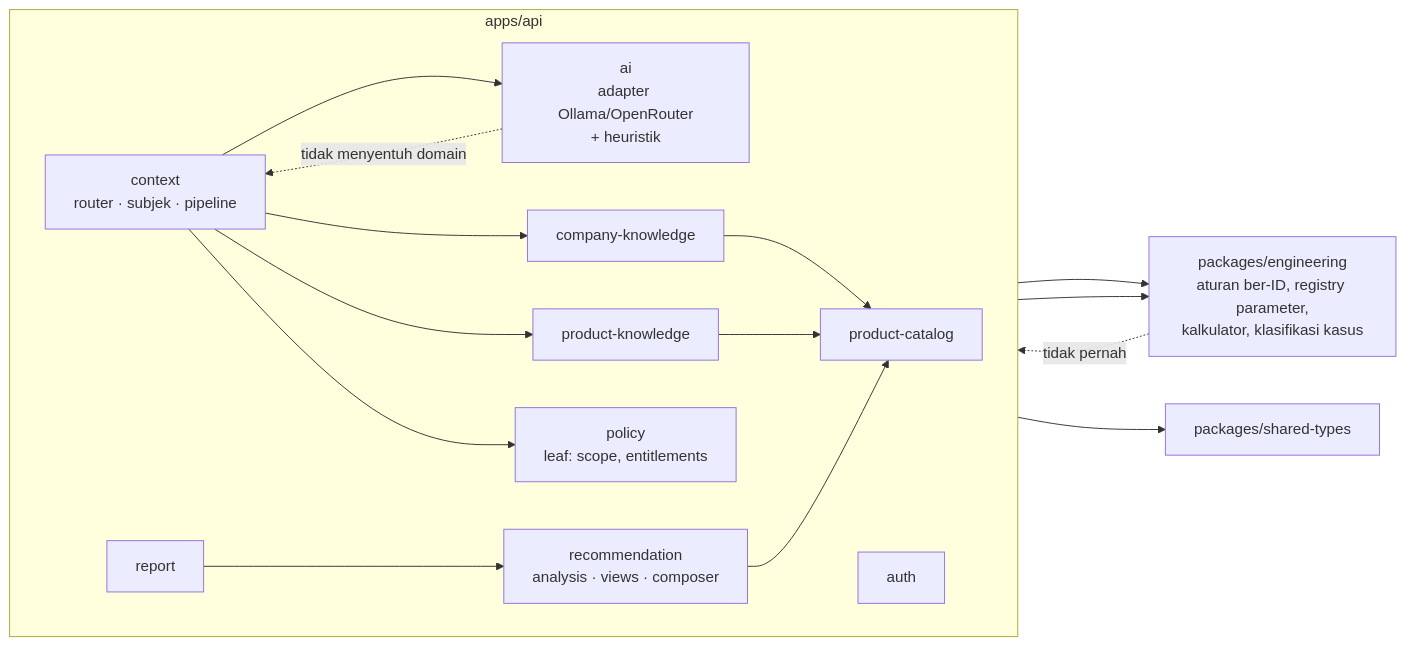
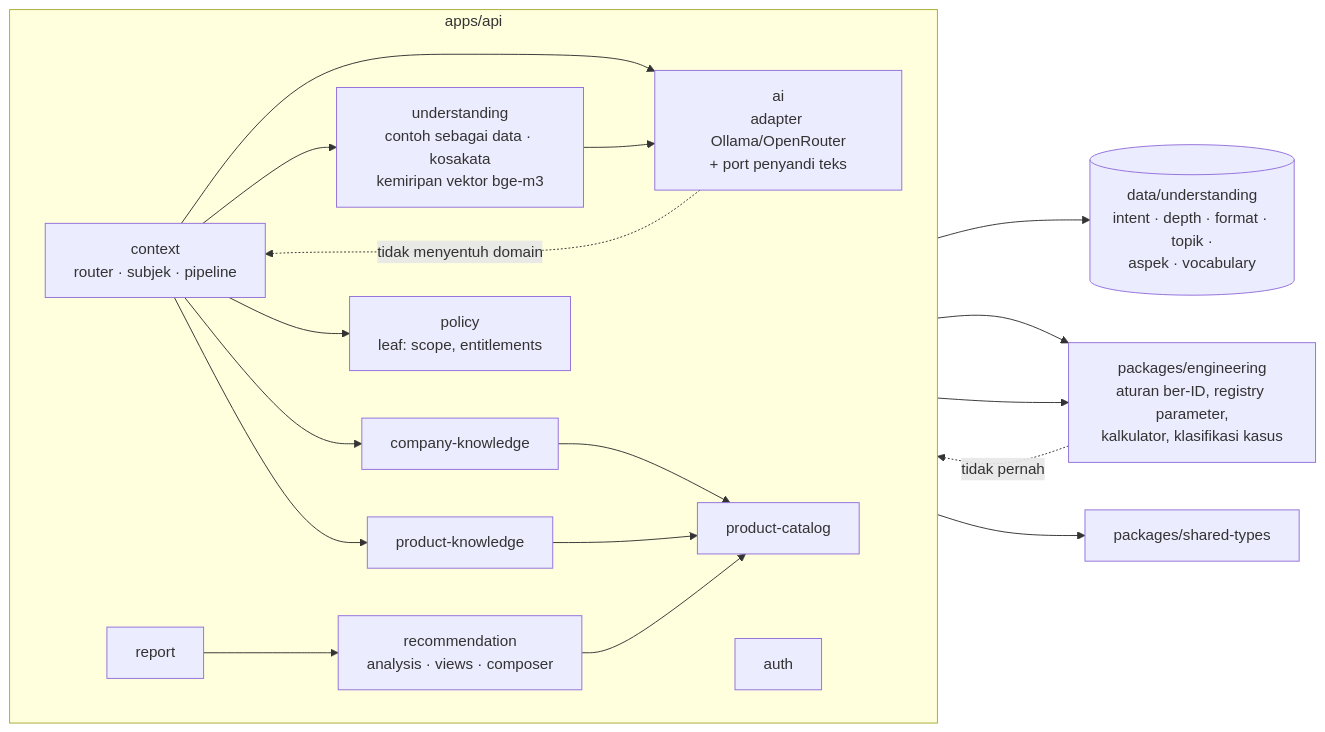
The third of 4 diagrams in docs/brainstorm/ARSITEKTUR_SKEMA.md (solusidigitalkita1001-sudo/snouty-draft), drawn with Mermaid before and after one commit. The commit also changed other lines of this file and 62 other files, not shown here.

````diff
--- a/docs/brainstorm/ARSITEKTUR_SKEMA.md
+++ b/docs/brainstorm/ARSITEKTUR_SKEMA.md
@@ -71,30 +71,35 @@
 ```mermaid
 flowchart LR
   subgraph api[apps/api]
     direction LR
     CTX[context<br/>router · subjek · pipeline]
     CO[company-knowledge]
     PK[product-knowledge]
     PC[product-catalog]
     REC[recommendation<br/>analysis · views · composer]
     REP[report]
-    AI[ai<br/>adapter Ollama/OpenRouter<br/>+ heuristik]
+    AI[ai<br/>adapter Ollama/OpenRouter<br/>+ port penyandi teks]
+    UND[understanding<br/>contoh sebagai data · kosakata<br/>kemiripan vektor bge-m3]
     POL[policy<br/>leaf: scope, entitlements]
     AU[auth]
   end
   ENG[packages/engineering<br/>aturan ber-ID, registry parameter,<br/>kalkulator, klasifikasi kasus]
   ST[packages/shared-types]
+  DATA[(data/understanding<br/>intent · depth · format · topik ·<br/>aspek · vocabulary)]
   CTX --> AI
+  CTX --> UND
+  UND --> AI
+  UND --> DATA
   CTX --> CO
   CTX --> PK
   CTX --> POL
   CTX --> ENG
   CO --> PC
   PK --> PC
   REC --> ENG
   REC --> PC
   REP --> REC
   api --> ST
   ENG -. tidak pernah .-> AI
   AI -. tidak menyentuh domain .-> CTX
 ```
````
